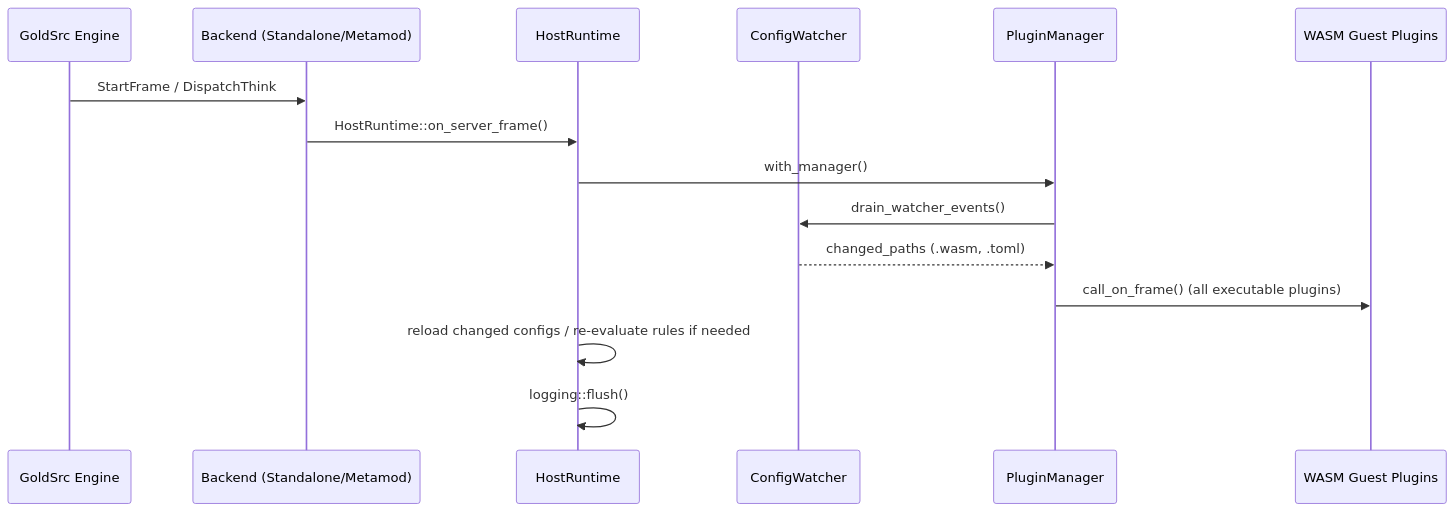
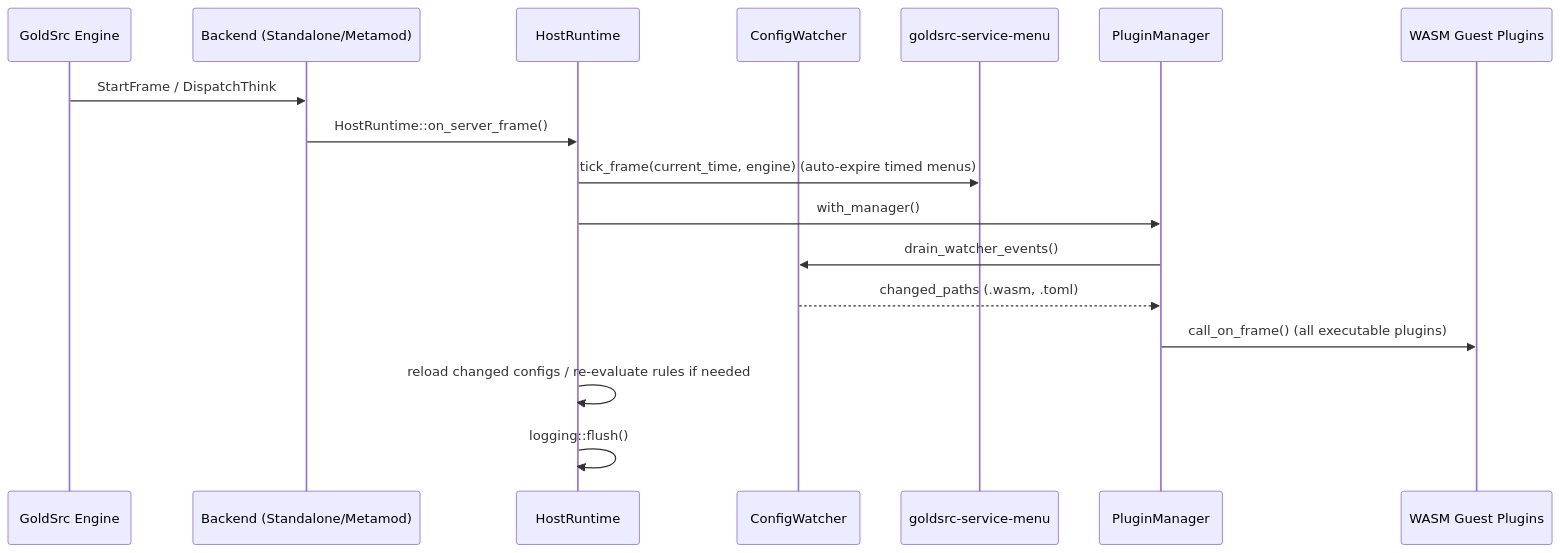
Before and after one commit to goldsrc-rs/goldsrc-rs: the fourth of 5 diagrams in ARCHITECTURE.md, drawn with Mermaid. The commit also changed other lines of this file and 18 other files, not shown here.

````diff
--- a/ARCHITECTURE.md
+++ b/ARCHITECTURE.md
@@ -120,18 +239,20 @@
 ```mermaid
 sequenceDiagram
     participant Engine as GoldSrc Engine
     participant Backend as Backend (Standalone/Metamod)
     participant Host as HostRuntime
     participant Watcher as ConfigWatcher
+    participant MenuSvc as goldsrc-service-menu
     participant PluginMgr as PluginManager
     participant Guest as WASM Guest Plugins
 
     Engine->>Backend: StartFrame / DispatchThink
     Backend->>Host: HostRuntime::on_server_frame()
+    Host->>MenuSvc: tick_frame(current_time, engine) (auto-expire timed menus)
     Host->>PluginMgr: with_manager()
     PluginMgr->>Watcher: drain_watcher_events()
     Watcher-->>PluginMgr: changed_paths (.wasm, .toml)
     PluginMgr->>Guest: call_on_frame() (all executable plugins)
     Host->>Host: reload changed configs / re-evaluate rules if needed
     Host->>Host: logging::flush()
 ```
````
